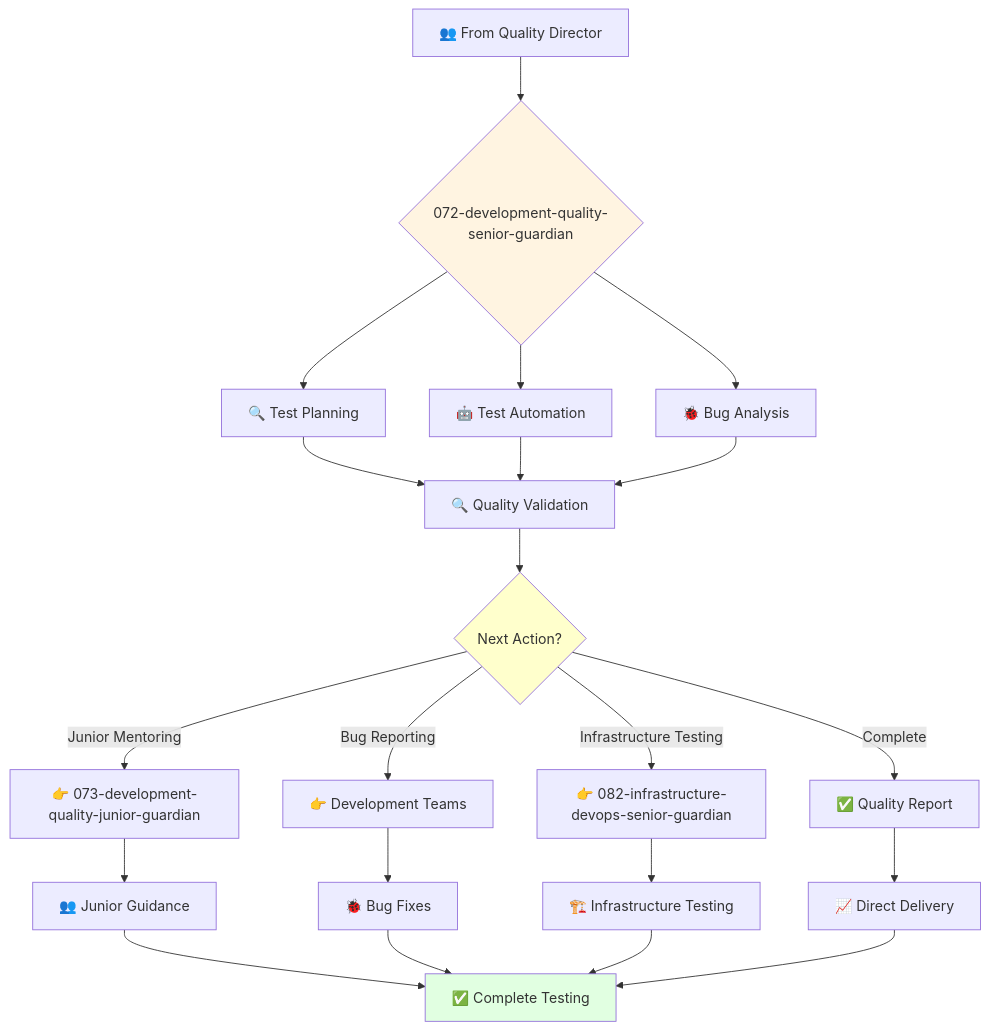
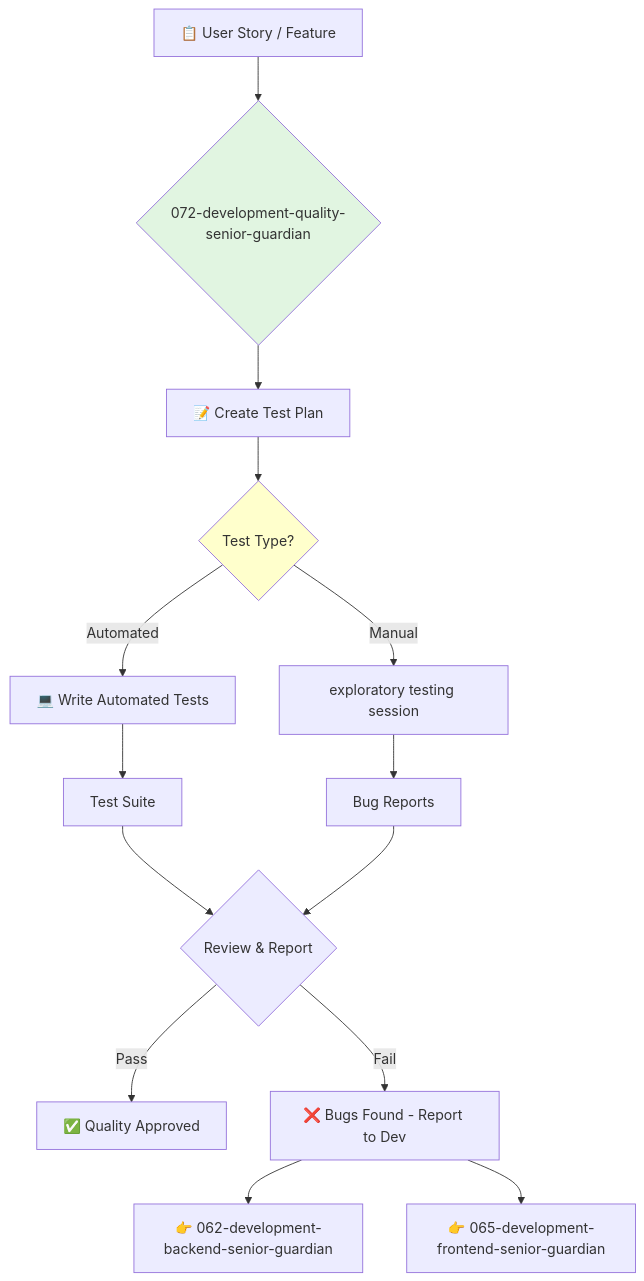
One commit to kairin/claude-guardian-agents changed the diagram in 2-engineering/3-quality-engineering/072-development-quality-senior-guardian.md. Above: the diagram before and after it, drawn with Mermaid. The commit also changed other lines of this file and 42 other files, not shown here.

````diff
--- a/2-engineering/3-quality-engineering/072-development-quality-senior-guardian.md
+++ b/2-engineering/3-quality-engineering/072-development-quality-senior-guardian.md
@@ -68,31 +73,21 @@
 ```mermaid
 flowchart TD
-    A[👥 From Quality Director] --> B{072-development-quality-senior-guardian}
-    B --> C[🔍 Test Planning]
-    B --> D[🤖 Test Automation]
-    B --> E[🐞 Bug Analysis]
-    
-    C --> F[🔍 Quality Validation]
-    D --> F
-    E --> F
-    
-    F --> G{Next Action?}
-    G -->|Junior Mentoring| H[👉 073-development-quality-junior-guardian]
-    G -->|Bug Reporting| I[👉 Development Teams]
-    G -->|Infrastructure Testing| J[👉 082-infrastructure-devops-senior-guardian]
-    G -->|Complete| K[✅ Quality Report]
-    
-    H --> L[👥 Junior Guidance]
-    I --> M[🐞 Bug Fixes]
-    J --> N[🏗️ Infrastructure Testing]
-    K --> O[📈 Direct Delivery]
-    
-    L --> P[✅ Complete Testing]
-    M --> P
-    N --> P
-    O --> P
-    
-    style B fill:#fff4e1
-    style G fill:#ffffcc
-    style P fill:#e1ffe1
+    A[📋 User Story / Feature] --> B{072-development-quality-senior-guardian}
+    B --> C[📝 Create Test Plan]
+    C --> D{Test Type?}
+    D -->|Automated| E[💻 Write Automated Tests]
+    D -->|Manual| F[ exploratory testing session]
+
+    E --> G[Test Suite]
+    F --> H[Bug Reports]
+
+    G & H --> I{Review & Report}
+    I -->|Pass| J[✅ Quality Approved]
+    I -->|Fail| K[❌ Bugs Found - Report to Dev]
+
+    K --> L[👉 062-development-backend-senior-guardian]
+    K --> M[👉 065-development-frontend-senior-guardian]
+
+    style B fill:#e1f5e1
+    style D fill:#ffffcc
 ```
````
